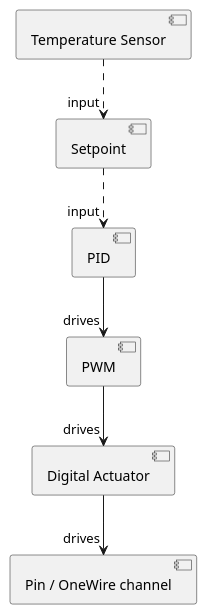
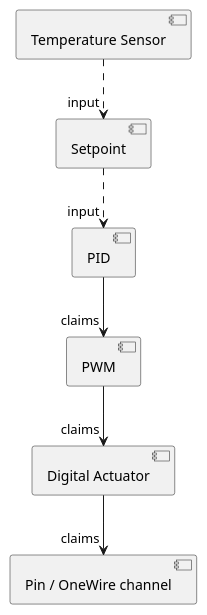
One commit to BrewBlox/brewblox-documentation changed the first of 7 diagrams in docs/user/control_chains.md. Above: the diagram before and after it, drawn with PlantUML. The commit also changed other lines of this file and 1 other file, not shown here.

Commit message:
add fast pwm / soft start changes to release notes

````diff
--- a/docs/user/control_chains.md
+++ b/docs/user/control_chains.md
@@ -12,17 +12,17 @@
 ```plantuml
 @startuml Basic control chain
 component Sensor as "Temperature Sensor"
 component Setpoint
 component PID
 component PWM
 component Digital as "Digital Actuator"
 component Pin as "Pin / OneWire channel"
 
 Sensor .down.> "input" Setpoint
 Setpoint .down.> "input" PID
-PID -down-> "drives" PWM
-PWM -down-> "drives" Digital
-Digital -down-> "drives" Pin
+PID -down-> "claims" PWM
+PWM -down-> "claims" Digital
+Digital -down-> "claims" Pin
 
 @enduml
 ```
````
